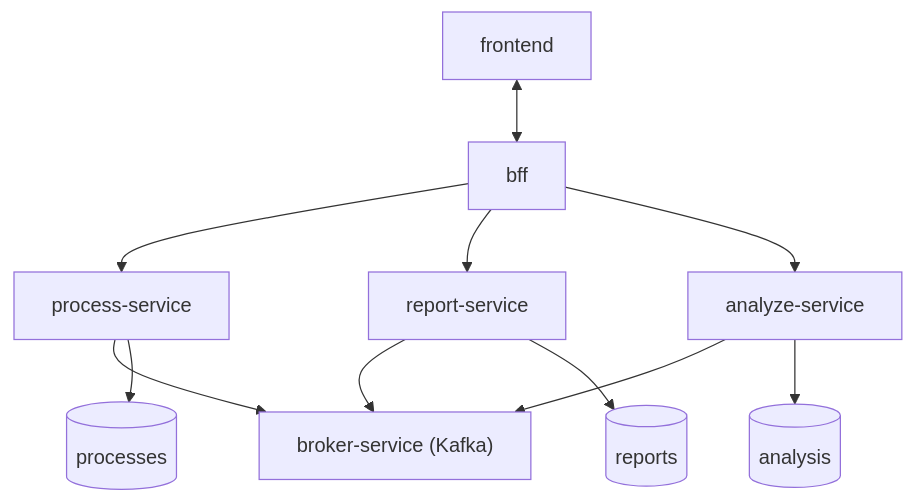
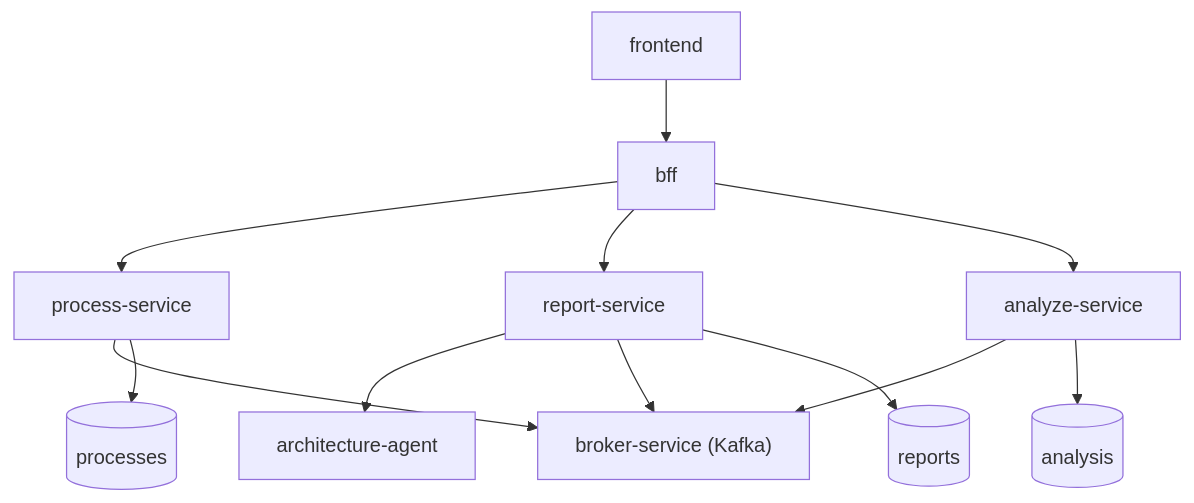
Before and after one commit to bodjay/ia-para-devs: the diagram in fase-5/tech-challenge/docs/ARCHITECTURE.md, drawn with Mermaid. The commit also changed other lines of this file and 12 other files, not shown here.

`````diff
--- a/fase-5/tech-challenge/docs/ARCHITECTURE.md
+++ b/fase-5/tech-challenge/docs/ARCHITECTURE.md
@@ -5,37 +5,40 @@
 ````mermaid
 flowchart TB
 
     %% Clients
     FE["frontend"]
 
     %% BFF (microservice)
     BFF["bff"]
 
     %% Broker
     KAFKA["broker-service (Kafka)"]
 
     %% Microservices
     PS["process-service"]
     RS["report-service"]
     AS["analyze-service"]
+    AA["architecture-agent"]
 
     %% Databases
     DBP[("processes")]
     DBR[("reports")]
     DBA[("analysis")]
 
     %% Fluxos
-    FE <--> BFF
+    FE --> BFF
 
     BFF --> PS
     BFF --> RS
     BFF --> AS
+    
+    RS --> AA
 
     PS --> KAFKA
     RS --> KAFKA
     AS --> KAFKA
 
     PS --> DBP
     RS --> DBR
     AS --> DBA
 ````
`````
